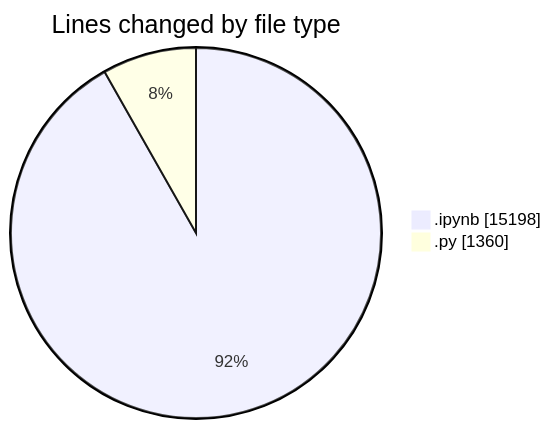
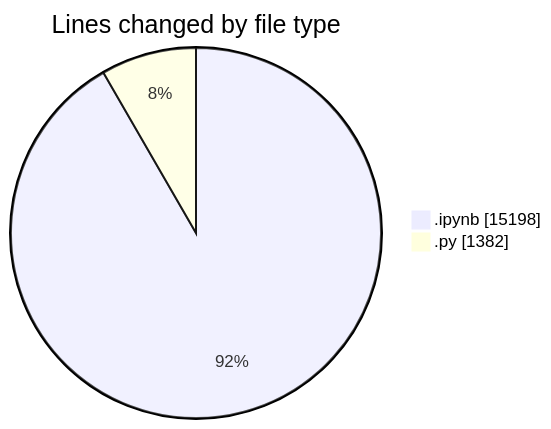
Before and after one commit to MatusMokan/code-tracking: the first of 2 diagrams in 2025-04-10/myws__workspace_/README.md, drawn with Mermaid. The commit also changed other lines of this file and 1 other file, not shown here.

````diff
--- a/2025-04-10/myws__workspace_/README.md
+++ b/2025-04-10/myws__workspace_/README.md
@@ -21,6 +21,6 @@
 ```mermaid
 pie showData
 title Lines changed by file type
 ".ipynb" : 15198
-".py" : 1360
+".py" : 1382
 ```
````
